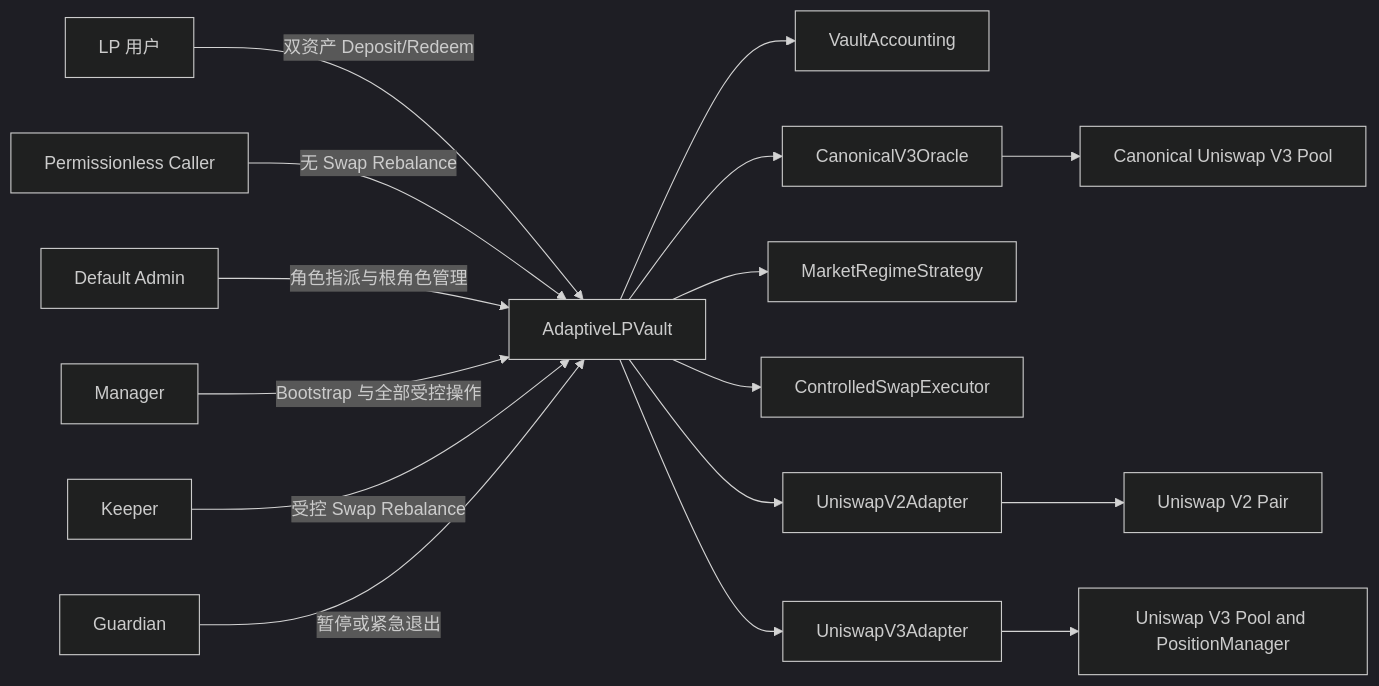
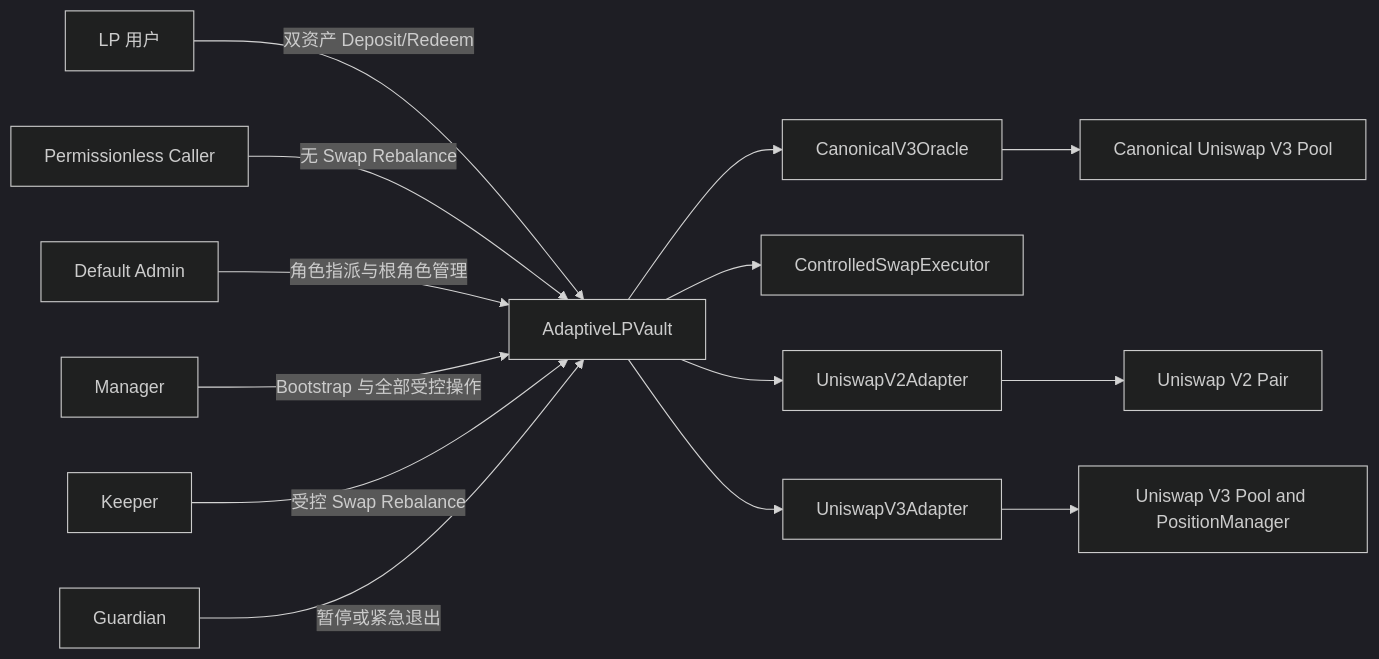
One commit to GGHansome/Adaptive-LP-Vault changed the diagram in PRODUCT_SPEC.md. Above: the diagram before and after it, drawn with Mermaid (dark theme). The commit also changed other lines of this file and 3 other files, not shown here.

````diff
--- a/PRODUCT_SPEC.md
+++ b/PRODUCT_SPEC.md
@@ -115,18 +115,16 @@
 ```mermaid
 flowchart LR
     User[LP 用户] -->|双资产 Deposit/Redeem| Vault[AdaptiveLPVault]
     Caller[Permissionless Caller] -->|无 Swap Rebalance| Vault
     DefaultAdmin[Default Admin] -->|角色指派与根角色管理| Vault
     Manager[Manager] -->|Bootstrap 与全部受控操作| Vault
     Keeper[Keeper] -->|受控 Swap Rebalance| Vault
     Guardian[Guardian] -->|暂停或紧急退出| Vault
-    Vault --> Accounting[VaultAccounting]
     Vault --> Oracle[CanonicalV3Oracle]
-    Vault --> Strategy[MarketRegimeStrategy]
     Vault --> Swap[ControlledSwapExecutor]
     Vault --> V2[UniswapV2Adapter]
     Vault --> V3[UniswapV3Adapter]
     V2 --> V2Pool[Uniswap V2 Pair]
     V3 --> V3Pool[Uniswap V3 Pool and PositionManager]
     Oracle --> Canonical[Canonical Uniswap V3 Pool]
 ```
````
